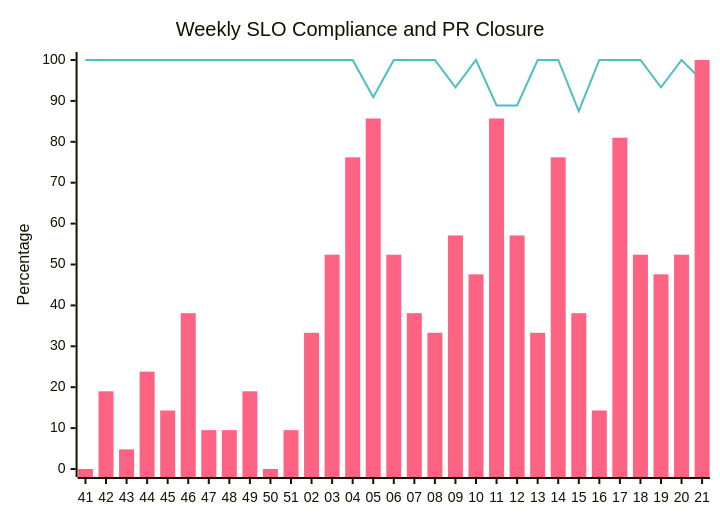
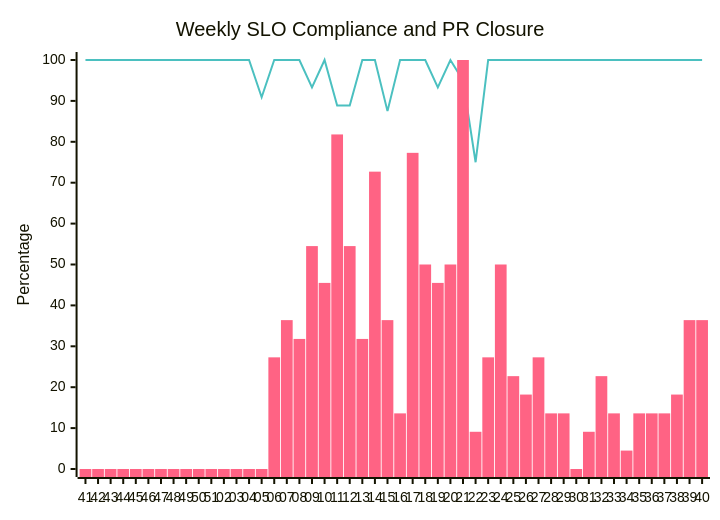
One commit to microsoft/edge-ai changed the fifth of 11 diagrams in docs/contributions.md. Above: the diagram before and after it, drawn with Mermaid. The commit also changed other lines of this file and 18 other files, not shown here.

````diff
--- a/docs/contributions.md
+++ b/docs/contributions.md
@@ -104,9 +81,9 @@
 ``` mermaid
 %%{init: {"themeVariables": {"xyChart": {"plotColorPalette": "#4BC0C0, #FF6384"}}}}%%
 xychart-beta
     title "Weekly SLO Compliance and PR Closure"
-    x-axis ["41", "42", "43", "44", "45", "46", "47", "48", "49", "50", "51", "02", "03", "04", "05", "06", "07", "08", "09", "10", "11", "12", "13", "14", "15", "16", "17", "18", "19", "20", "21"]
+    x-axis ["41", "42", "43", "44", "45", "46", "47", "48", "49", "50", "51", "02", "03", "04", "05", "06", "07", "08", "09", "10", "11", "12", "13", "14", "15", "16", "17", "18", "19", "20", "21", "22", "23", "24", "25", "26", "27", "28", "29", "30", "31", "32", "33", "34", "35", "36", "37", "38", "39", "40"]
     y-axis "Percentage" 0 --> 100
-    line [100, 100, 100, 100, 100, 100, 100, 100, 100, 100, 100, 100, 100, 100, 90.9, 100, 100, 100, 93.3, 100, 88.9, 88.9, 100, 100, 87.5, 100, 100, 100, 93.3, 100, 95]
-    bar [0, 19, 4.8, 23.8, 14.3, 38.1, 9.5, 9.5, 19, 0, 9.5, 33.3, 52.4, 76.2, 85.7, 52.4, 38.1, 33.3, 57.1, 47.6, 85.7, 57.1, 33.3, 76.2, 38.1, 14.3, 81, 52.4, 47.6, 52.4, 100]
+    line [100, 100, 100, 100, 100, 100, 100, 100, 100, 100, 100, 100, 100, 100, 90.9, 100, 100, 100, 93.3, 100, 88.9, 88.9, 100, 100, 87.5, 100, 100, 100, 93.3, 100, 95, 75, 100, 100, 100, 100, 100, 100, 100, 100, 100, 100, 100, 100, 100, 100, 100, 100, 100, 100]
+    bar [0, 0, 0, 0, 0, 0, 0, 0, 0, 0, 0, 0, 0, 0, 0, 27.3, 36.4, 31.8, 54.5, 45.5, 81.8, 54.5, 31.8, 72.7, 36.4, 13.6, 77.3, 50, 45.5, 50, 100, 9.1, 27.3, 50, 22.7, 18.2, 27.3, 13.6, 13.6, 0, 9.1, 22.7, 13.6, 4.5, 13.6, 13.6, 13.6, 18.2, 36.4, 36.4]
 ```
````
